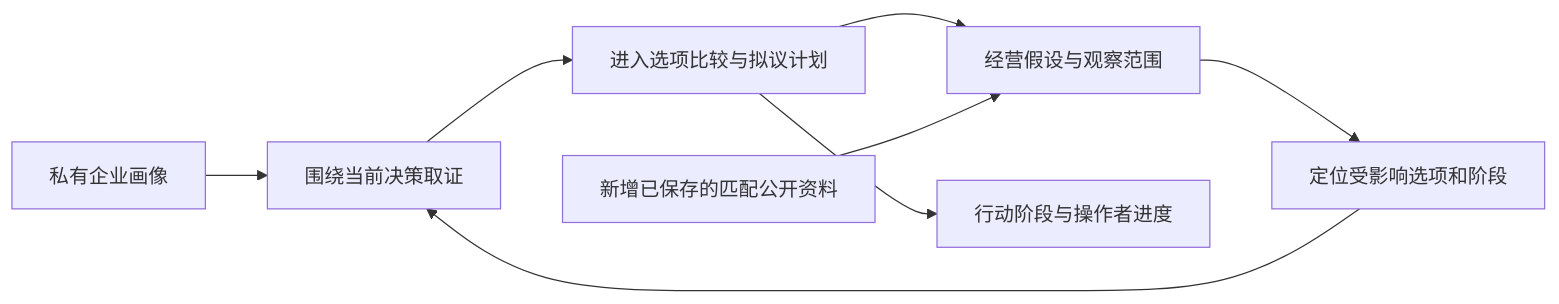
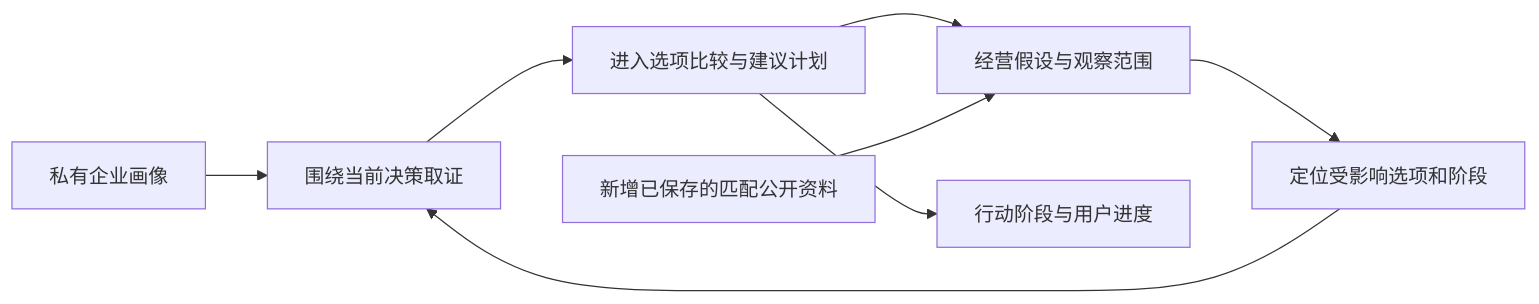
The diagram in docs/product-workflow.md (workstonedai-collab/market-entry-agent), drawn with Mermaid before and after one commit. The commit also changed other lines of this file and 17 other files, not shown here.

````diff
--- a/docs/product-workflow.md
+++ b/docs/product-workflow.md
@@ -96,10 +98,10 @@
 ```mermaid
 flowchart LR
   P[私有企业画像] --> R[围绕当前决策取证]
-  R --> O[进入选项比较与拟议计划]
+  R --> O[进入选项比较与建议计划]
   O --> A[经营假设与观察范围]
-  O --> T[行动阶段与操作者进度]
+  O --> T[行动阶段与用户进度]
   N[新增已保存的匹配公开资料] --> A
   A --> U[定位受影响选项和阶段]
   U --> R
 ```
````
